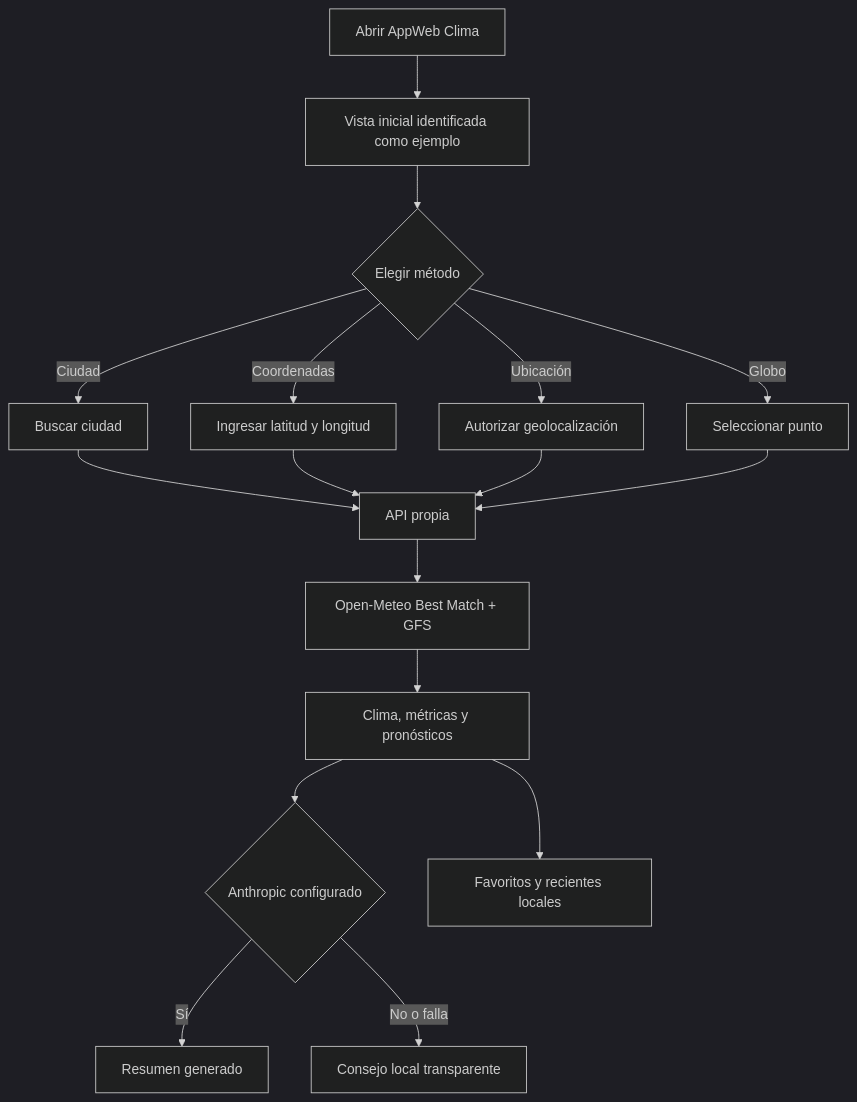
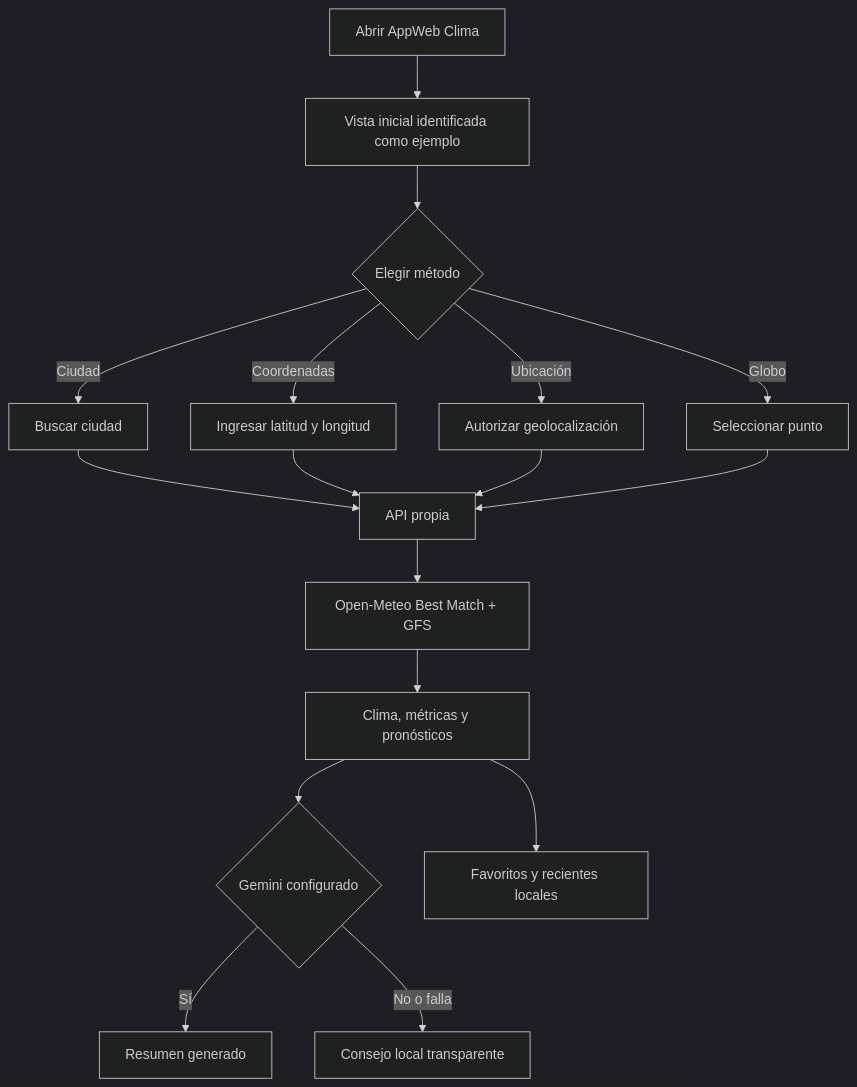
One commit to MauricioMurcia293847/AppWeb-Clima changed the first of 3 diagrams in README.md. Above: the diagram before and after it, drawn with Mermaid (dark theme). The commit also changed other lines of this file and 13 other files, not shown here.

````diff
--- a/README.md
+++ b/README.md
@@ -43,19 +47,19 @@
 ```mermaid
 flowchart TD
     Start["Abrir AppWeb Clima"] --> Example["Vista inicial identificada como ejemplo"]
     Example --> Method{"Elegir método"}
     Method -->|Ciudad| Search["Buscar ciudad"]
     Method -->|Coordenadas| Coords["Ingresar latitud y longitud"]
     Method -->|Ubicación| Geo["Autorizar geolocalización"]
     Method -->|Globo| Globe["Seleccionar punto"]
     Search --> API["API propia"]
     Coords --> API
     Geo --> API
     Globe --> API
     API --> Weather["Open-Meteo Best Match + GFS"]
     Weather --> Dashboard["Clima, métricas y pronósticos"]
-    Dashboard --> AI{"Anthropic configurado"}
+    Dashboard --> AI{"Gemini configurado"}
     AI -->|Sí| Summary["Resumen generado"]
     AI -->|No o falla| Local["Consejo local transparente"]
     Dashboard --> Saved["Favoritos y recientes locales"]
 ```
````
